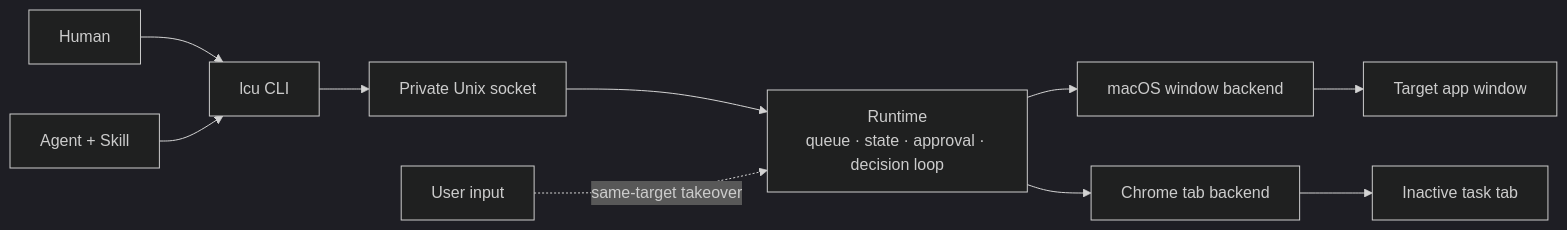
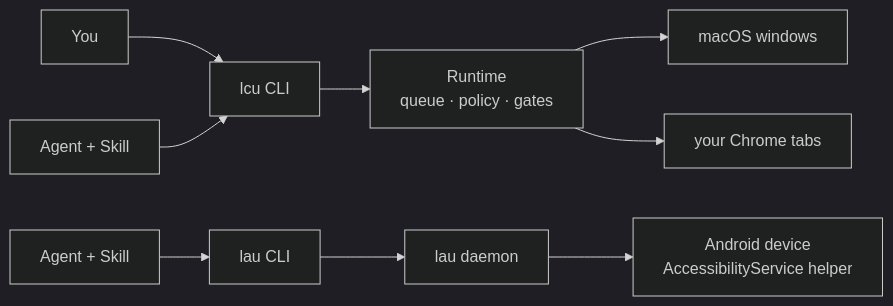
One commit to HelloiOS2014/AnythingUse changed the diagram in README.md. Above: the diagram before and after it, drawn with Mermaid (dark theme). The commit also changed other lines of this file and 3 other files, not shown here.

````diff
--- a/README.md
+++ b/README.md
@@ -41,12 +12,11 @@
 ```mermaid
 flowchart LR
-    H["Human"] --> CLI["lcu CLI"]
-    A["Agent + Skill"] --> CLI
-    CLI --> IPC["Private Unix socket"]
-    IPC --> RT["Runtime<br/>queue · state · approval · decision loop"]
-    RT --> MAC["macOS window backend"]
-    RT --> CHROME["Chrome tab backend"]
-    MAC --> APP["Target app window"]
-    CHROME --> TAB["Inactive task tab"]
-    USER["User input"] -. "same-target takeover" .-> RT
+    H["You"] --> LCU["lcu CLI"]
+    A["Agent + Skill"] --> LCU
+    LCU --> RT["Runtime<br/>queue · policy · gates"]
+    RT --> MAC["macOS windows"]
+    RT --> CH["your Chrome tabs"]
+    A2["Agent + Skill"] --> LAU["lau CLI"]
+    LAU --> DAEMON["lau daemon"]
+    DAEMON --> DEV["Android device<br/>AccessibilityService helper"]
 ```
````
